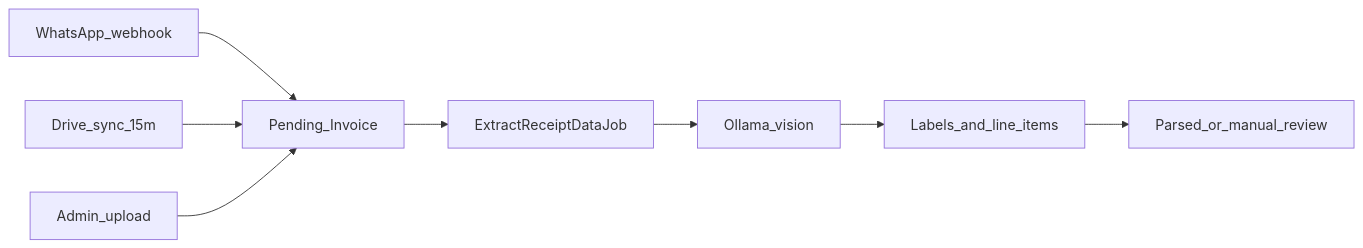
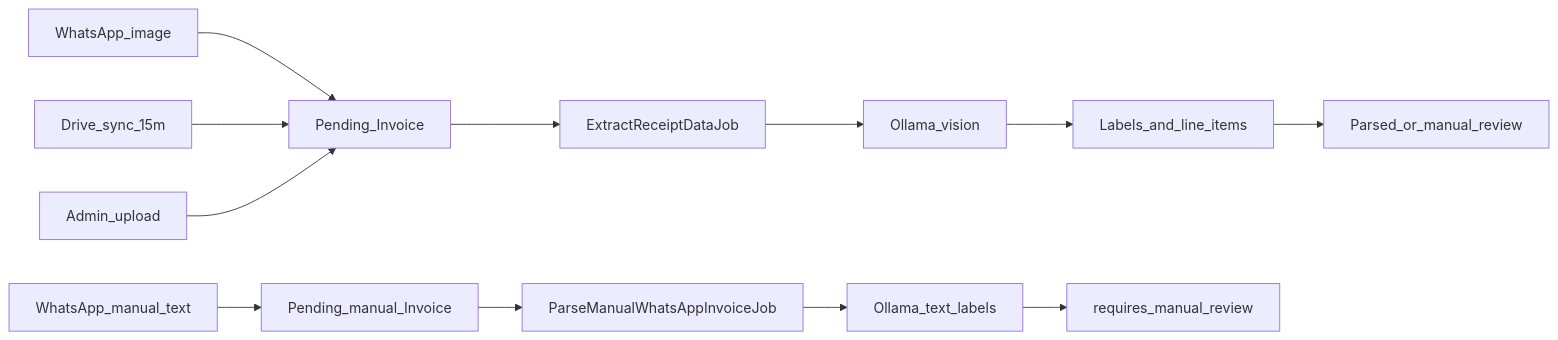
Before and after one commit to Amirul96shafiq/tido: the diagram in README.md, drawn with Mermaid. The commit also changed other lines of this file and 12 other files, not shown here.

First line of the commit message:
feat: update documentation and pipeline for WhatsApp manual invoices

````diff
--- a/README.md
+++ b/README.md
@@ -68,10 +68,14 @@
 ```mermaid
 flowchart LR
-  wa[WhatsApp_webhook] --> pending[Pending_Invoice]
+  waImg[WhatsApp_image] --> pending[Pending_Invoice]
+  waText[WhatsApp_manual_text] --> pendingManual[Pending_manual_Invoice]
   drive[Drive_sync_15m] --> pending
   upload[Admin_upload] --> pending
   pending --> job[ExtractReceiptDataJob]
   job --> ollama[Ollama_vision]
   ollama --> items[Labels_and_line_items]
   items --> review[Parsed_or_manual_review]
+  pendingManual --> labelJob[ParseManualWhatsAppInvoiceJob]
+  labelJob --> ollamaText[Ollama_text_labels]
+  ollamaText --> manualReview[requires_manual_review]
 ```
````
